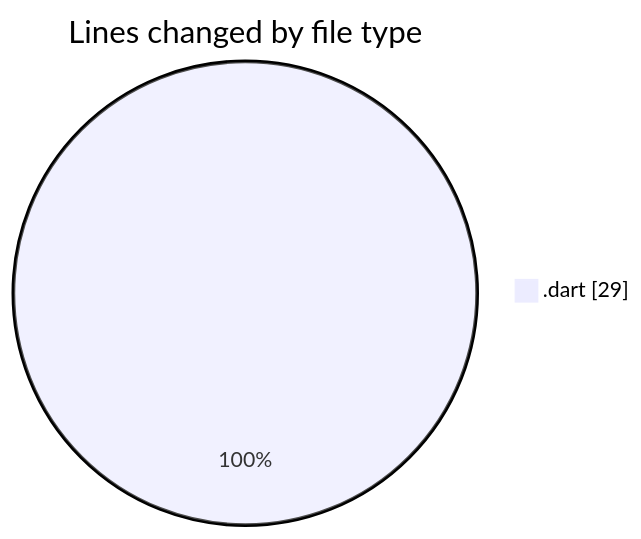
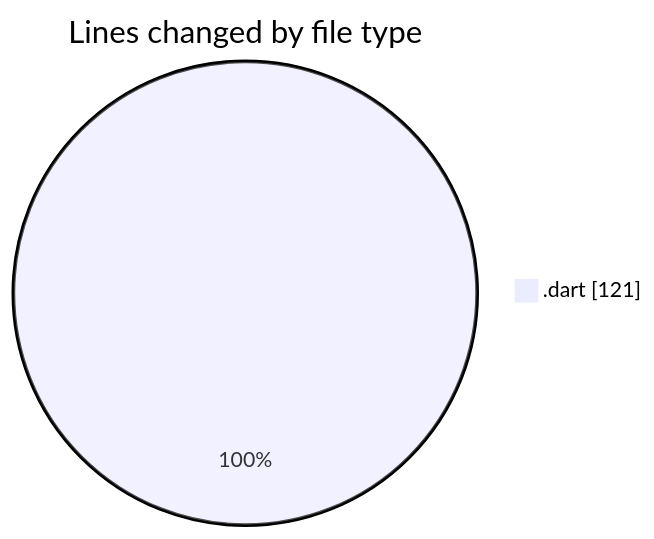
The first of 2 diagrams in 2025-01-24/trackers_app/README.md (donsfak/code-tracking), drawn with Mermaid before and after one commit. The commit also changed other lines of this file and 1 other file, not shown here.

````diff
--- a/2025-01-24/trackers_app/README.md
+++ b/2025-01-24/trackers_app/README.md
@@ -20,5 +21,5 @@
 ```mermaid
 pie showData
 title Lines changed by file type
-".dart" : 29
+".dart" : 121
 ```
````
